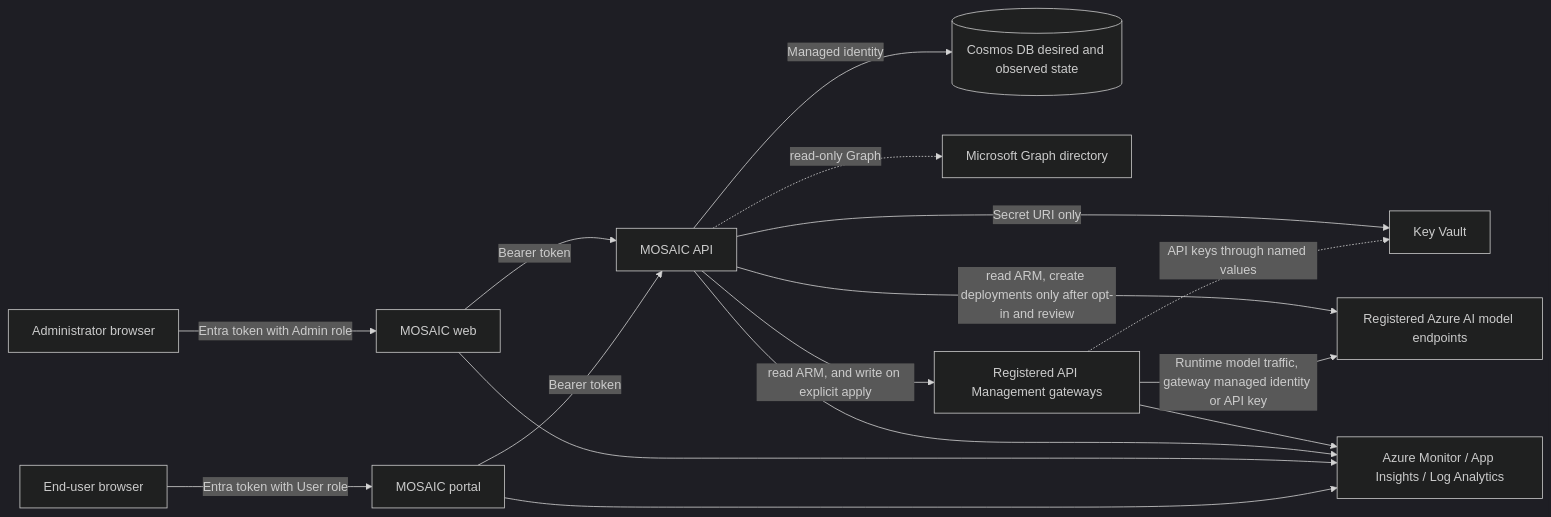
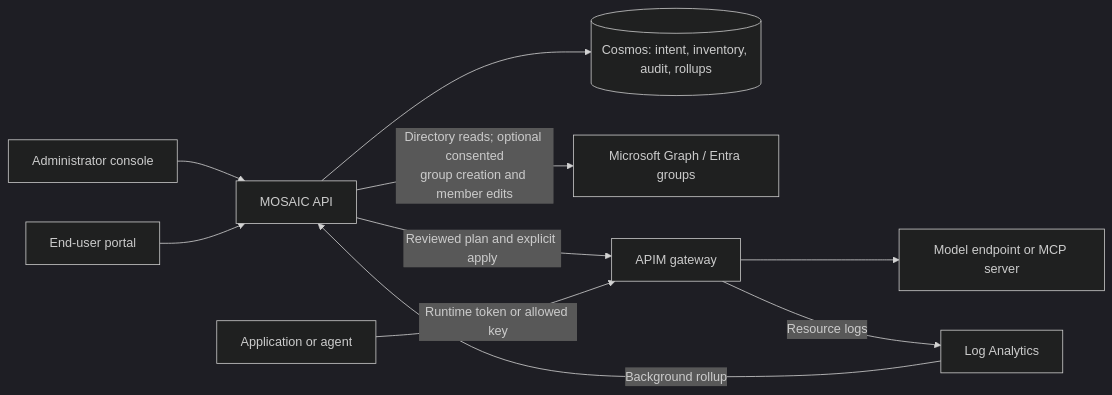
Before and after one commit to microsoft/mosaic-apim: the diagram in README.md, drawn with Mermaid (dark theme). The commit also changed other lines of this file and 251 other files, not shown here.

First line of the commit message:
Add Entra-backed cost centers and focused MOSAIC documentation (#159)

````diff
--- a/README.md
+++ b/README.md
@@ -610,18 +53,12 @@
 ```mermaid
 flowchart LR
-    Admin[Administrator browser] -->|Entra token with Admin role| Web[MOSAIC web]
-    User[End-user browser] -->|Entra token with User role| Portal[MOSAIC portal]
-    Web -->|Bearer token| API[MOSAIC API]
-    Portal -->|Bearer token| API
-    API -->|Managed identity| Cosmos[(Cosmos DB desired and observed state)]
-    API -. read-only Graph .-> Graph[Microsoft Graph directory]
-    API -->|Secret URI only| KV[Key Vault]
-    API -->|read ARM, create deployments only after opt-in and review| Foundry[Registered Azure AI model endpoints]
-    API -->|read ARM, and write on explicit apply| APIM[Registered API Management gateways]
-    APIM -->|Runtime model traffic, gateway managed identity or API key| Foundry
-    APIM -. API keys through named values .-> KV
-    APIM --> Monitor[Azure Monitor / App Insights / Log Analytics]
-    API --> Monitor
-    Web --> Monitor
-    Portal --> Monitor
+    Admin["Administrator console"] --> API["MOSAIC API"]
+    Portal["End-user portal"] --> API
+    API --> State[("Cosmos: intent, inventory, audit, rollups")]
+    API -->|"Directory reads; optional consented<br/>group creation and member edits"| Graph["Microsoft Graph / Entra groups"]
+    API -->|"Reviewed plan and explicit apply"| APIM["APIM gateway"]
+    Client["Application or agent"] -->|"Runtime token or allowed key"| APIM
+    APIM --> Backend["Model endpoint or MCP server"]
+    APIM -->|"Resource logs"| Logs["Log Analytics"]
+    Logs -->|"Background rollup"| API
 ```
````
